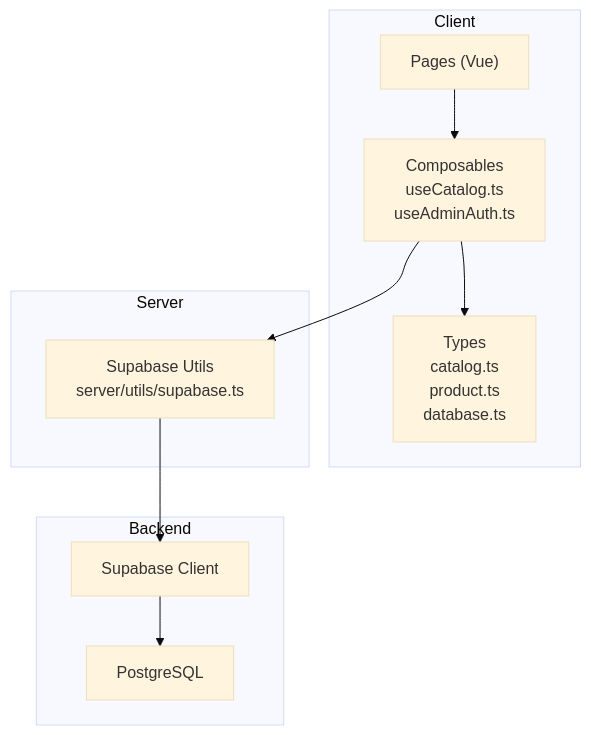
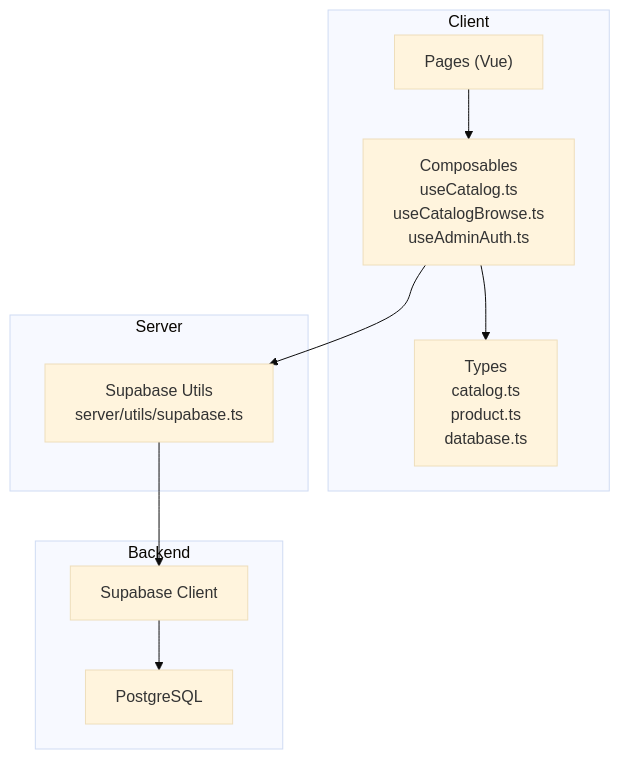
The first of 8 diagrams in .qoder/repowiki/en/content/Architecture & Design/Frontend Architecture/State Management & Composables.md (RaccoonPie-314/Raccoon-Gear-Bin), drawn with Mermaid (base theme) before and after one commit. The commit also changed other lines of this file and 65 other files, not shown here.

````diff
--- a/.qoder/repowiki/en/content/Architecture & Design/Frontend Architecture/State Management & Composables.md
+++ b/.qoder/repowiki/en/content/Architecture & Design/Frontend Architecture/State Management & Composables.md
@@ -33,20 +41,20 @@
 ```mermaid
 graph TB
 subgraph "Client"
 Pages["Pages (Vue)"]
-Composables["Composables<br/>useCatalog.ts<br/>useAdminAuth.ts"]
+Composables["Composables<br/>useCatalog.ts<br/>useCatalogBrowse.ts<br/>useAdminAuth.ts"]
 Types["Types<br/>catalog.ts<br/>product.ts<br/>database.ts"]
 end
 subgraph "Server"
 SupabaseUtils["Supabase Utils<br/>server/utils/supabase.ts"]
 end
 subgraph "Backend"
 Supabase["Supabase Client"]
 DB["PostgreSQL"]
 end
 Pages --> Composables
 Composables --> Types
 Composables --> SupabaseUtils
 SupabaseUtils --> Supabase
 Supabase --> DB
 ```
````
